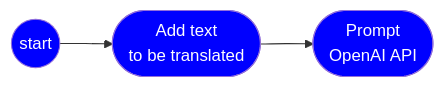
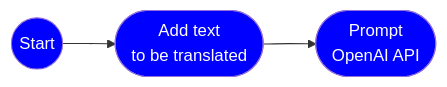
One commit to msalemor/llm-use-cases changed the third of 5 diagrams in README.md. Above: the diagram before and after it, drawn with Mermaid.

````diff
--- a/README.md
+++ b/README.md
@@ -81,7 +81,7 @@
 ```mermaid
 flowchart LR
-  A((start))-->B([Add text<br/>to be translated])
+  A((Start))-->B([Add text<br/>to be translated])
   B-->O([Prompt<br/>OpenAI API])
   classDef blue fill:blue,color:#fefefe
   class A,B,O blue
 ```
````
